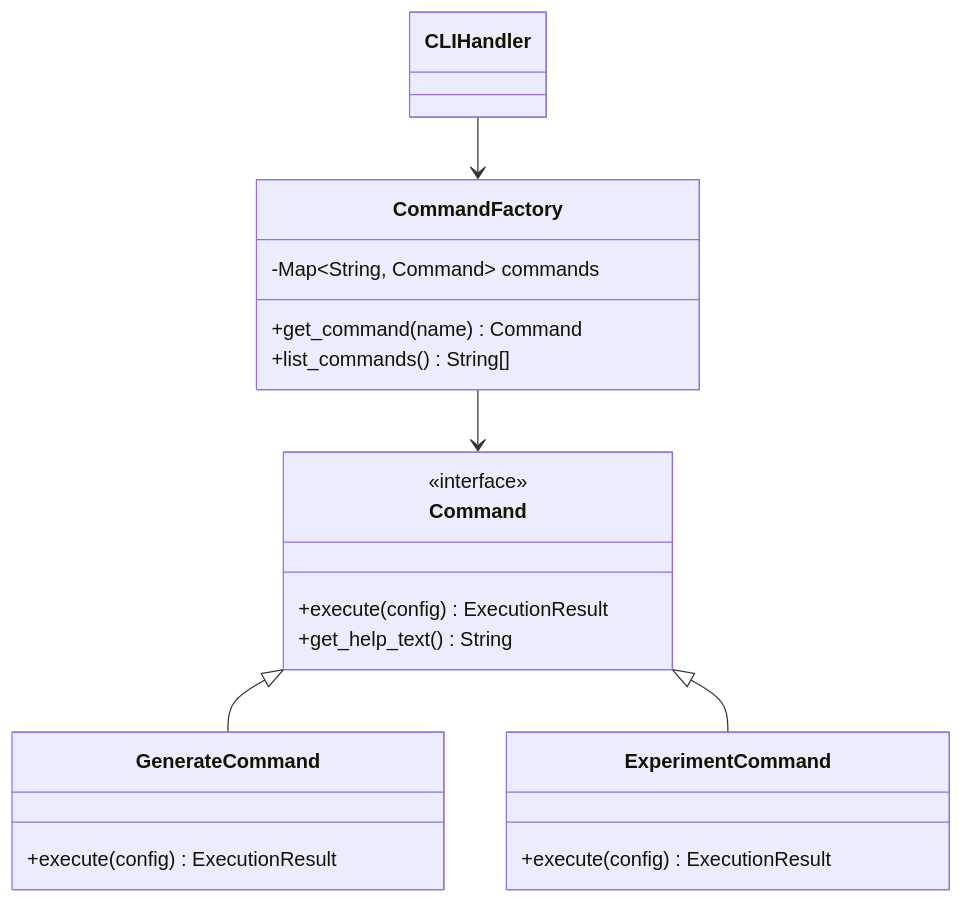
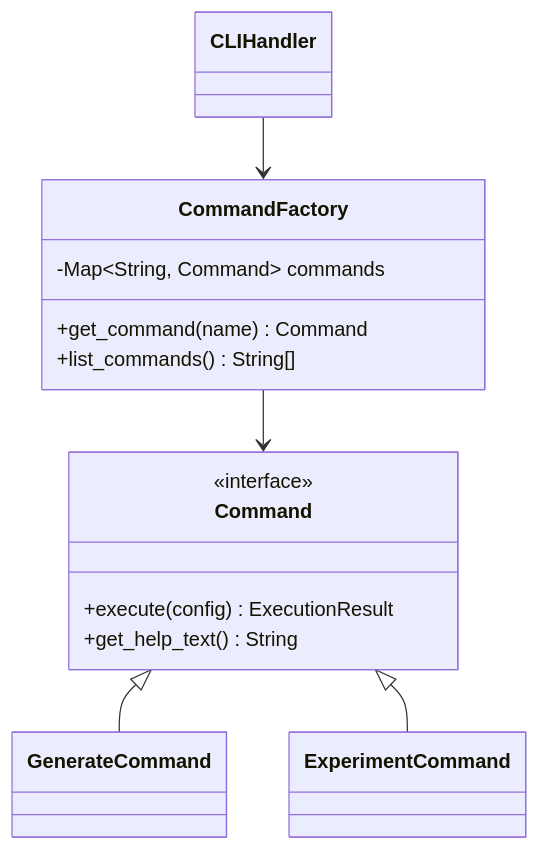
Before and after one commit to FilippoGurioli/test-2-code-llm: the fourth of 5 diagrams in docs/design.md, drawn with Mermaid.

Commit message:
docs: improve diagrams a bit

````diff
--- a/docs/design.md
+++ b/docs/design.md
@@ -111,27 +111,23 @@
 ```mermaid
 classDiagram
     class CommandFactory {
         -Map~String, Command~ commands
         +get_command(name) Command
         +list_commands() String[]
     }
     
     class Command {
         <<interface>>
         +execute(config) ExecutionResult
         +get_help_text() String
     }
     
-    class GenerateCommand {
-        +execute(config) ExecutionResult
-    }
+    class GenerateCommand {}
     
-    class ExperimentCommand {
-        +execute(config) ExecutionResult
-    }
+    class ExperimentCommand {}
 
     CLIHandler --> CommandFactory
     CommandFactory --> Command
     Command <|-- GenerateCommand
     Command <|-- ExperimentCommand
 ```
````
